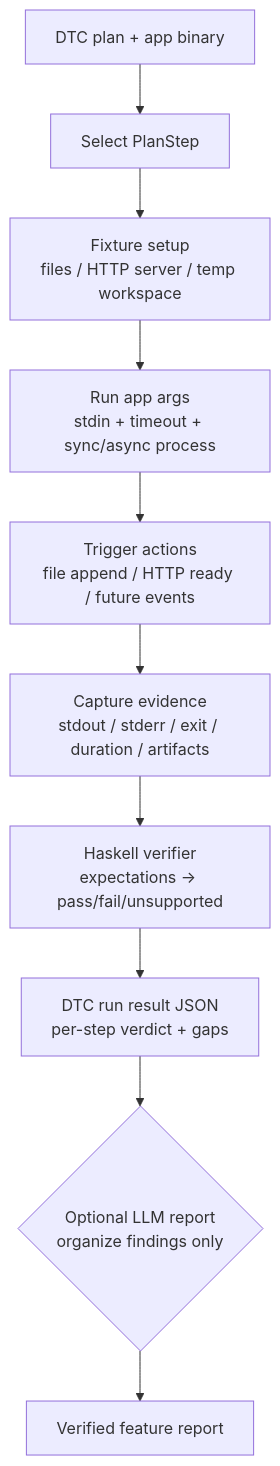
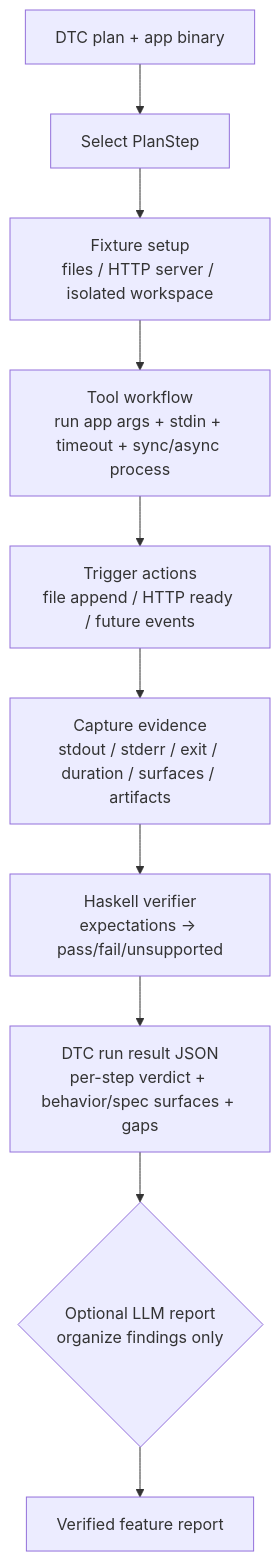
Before and after one commit to fucommingsoon/hs-blackbox-agent: the second of 2 diagrams in FLOW.md, drawn with Mermaid. The commit also changed other lines of this file and 19 other files, not shown here.

Commit message:
Add DTC watcher binding workflow

````diff
--- a/FLOW.md
+++ b/FLOW.md
@@ -25,12 +30,12 @@
 ```mermaid
 flowchart TD
     Input[DTC plan + app binary] --> Select
     Select[Select PlanStep] --> Setup
-    Setup[Fixture setup<br/>files / HTTP server / temp workspace] --> Run
-    Run[Run app args<br/>stdin + timeout + sync/async process] --> Trigger
+    Setup[Fixture setup<br/>files / HTTP server / isolated workspace] --> Run
+    Run[Tool workflow<br/>run app args + stdin + timeout + sync/async process] --> Trigger
     Trigger[Trigger actions<br/>file append / HTTP ready / future events] --> Capture
-    Capture[Capture evidence<br/>stdout / stderr / exit / duration / artifacts] --> Verify
+    Capture[Capture evidence<br/>stdout / stderr / exit / duration / surfaces / artifacts] --> Verify
     Verify[Haskell verifier<br/>expectations -> pass/fail/unsupported] --> Result
-    Result[DTC run result JSON<br/>per-step verdict + gaps] --> Report
+    Result[DTC run result JSON<br/>per-step verdict + behavior/spec surfaces + gaps] --> Report
     Report{Optional LLM report<br/>organize findings only} --> Done[Verified feature report]
 ```
````
